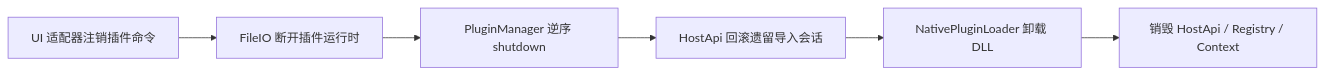
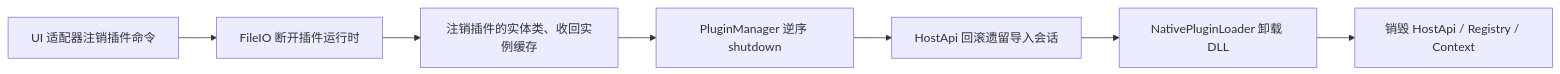
The third of 3 diagrams in doc/PLUGIN_SYSTEM_ARCHITECTURE.md (chicai-18/YiCAD), drawn with Mermaid before and after one commit. The commit also changed other lines of this file and 63 other files, not shown here.

````diff
--- a/doc/PLUGIN_SYSTEM_ARCHITECTURE.md
+++ b/doc/PLUGIN_SYSTEM_ARCHITECTURE.md
@@ -257,8 +280,9 @@
 ```mermaid
 flowchart LR
     Z[UI 适配器注销插件命令] --> A[FileIO 断开插件运行时]
-    A --> B[PluginManager 逆序 shutdown]
+    A --> E[注销插件的实体类、收回实例缓存]
+    E --> B[PluginManager 逆序 shutdown]
     B --> C[HostApi 回滚遗留导入会话]
     C --> D[NativePluginLoader 卸载 DLL]
     D --> F[销毁 HostApi / Registry / Context]
 ```
````
